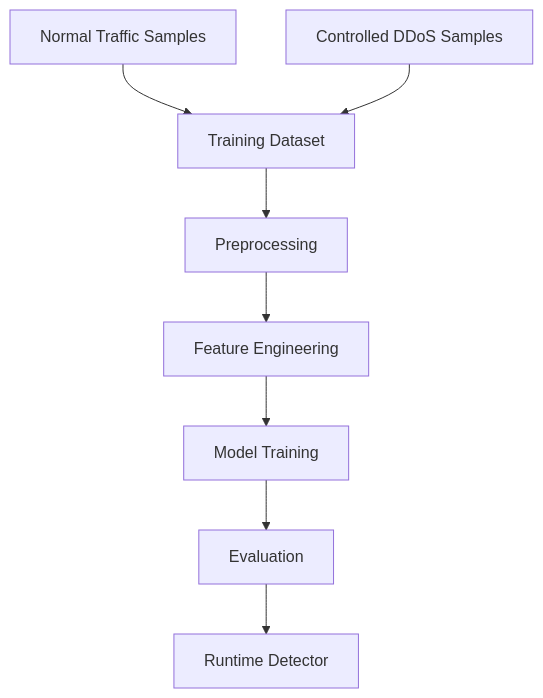
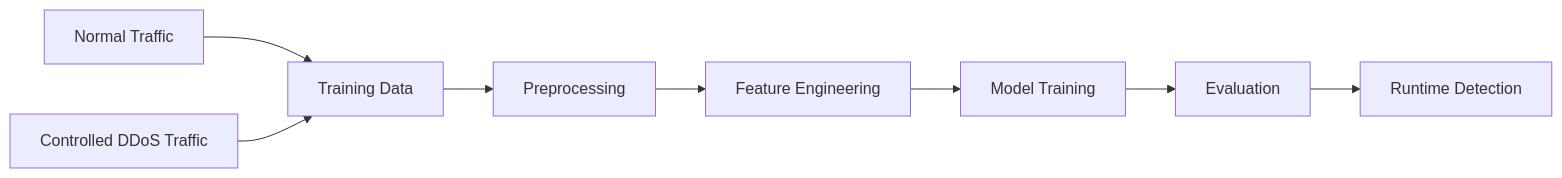
One commit to ns7523/DDoS-attack-in-IoT-Real-Time changed the third of 3 diagrams in README.md. Above: the diagram before and after it, drawn with Mermaid. The commit also changed other lines of this file, not shown here.

````diff
--- a/README.md
+++ b/README.md
@@ -194,10 +216,10 @@
 ```mermaid
-flowchart TD
-    A[Normal Traffic Samples] --> C[Training Dataset]
-    B[Controlled DDoS Samples] --> C
+flowchart LR
+    A[Normal Traffic] --> C[Training Data]
+    B[Controlled DDoS Traffic] --> C
     C --> D[Preprocessing]
     D --> E[Feature Engineering]
     E --> F[Model Training]
     F --> G[Evaluation]
-    G --> H[Runtime Detector]
+    G --> H[Runtime Detection]
 ```
````
